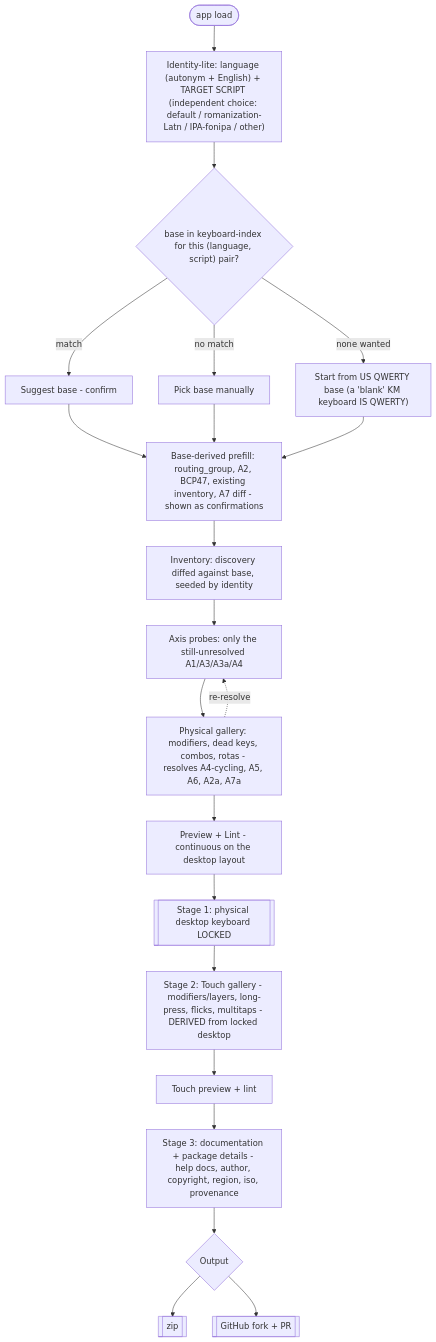
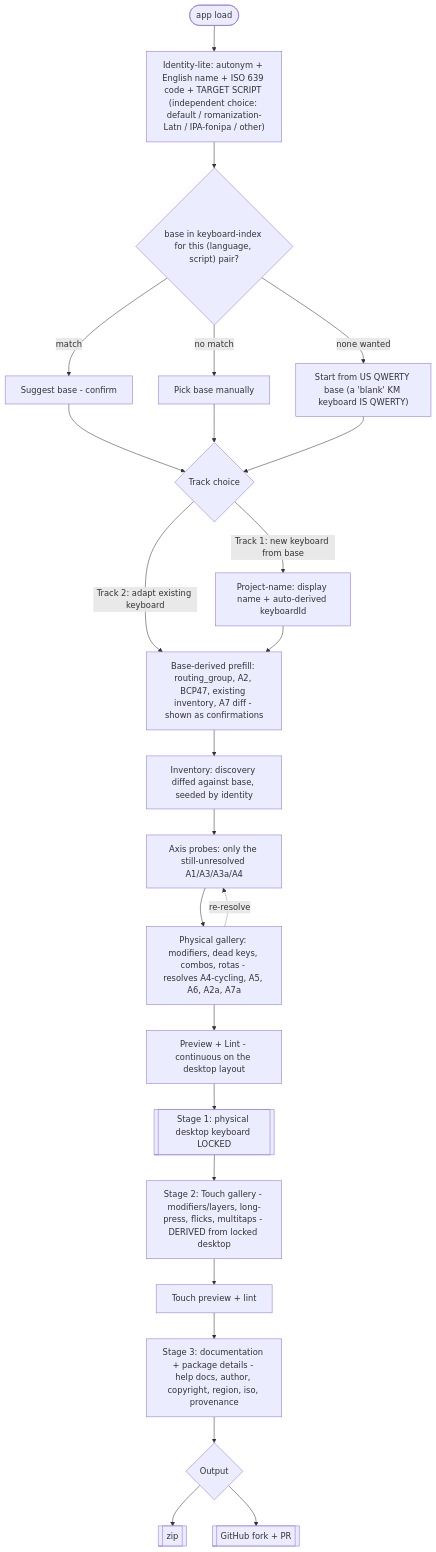
One commit to MattGyverLee/keyboard-studio changed the diagram in docs/workflow-model.md. Above: the diagram before and after it, drawn with Mermaid. The commit also changed other lines of this file and 1 other file, not shown here.

First line of the commit message:
docs(workflow): document track-choice + project-name in the actual current flow

````diff
--- a/docs/workflow-model.md
+++ b/docs/workflow-model.md
@@ -84,24 +92,27 @@
 ```mermaid
 graph TD
-  Entry([app load]) --> ID["Identity-lite: language (autonym + English) + TARGET SCRIPT (independent choice: default / romanization-Latn / IPA-fonipa / other)"]
+  Entry([app load]) --> ID["Identity-lite: autonym + English name + ISO 639 code + TARGET SCRIPT (independent choice: default / romanization-Latn / IPA-fonipa / other)"]
   ID --> LOOKUP{"base in keyboard-index for this (language, script) pair?"}
   LOOKUP -->|match| SUGGEST[Suggest base - confirm]
   LOOKUP -->|no match| MANUAL[Pick base manually]
   LOOKUP -->|none wanted| BLANK["Start from US QWERTY base (a 'blank' KM keyboard IS QWERTY)"]
-  SUGGEST --> PREFILL
-  MANUAL --> PREFILL
-  BLANK --> PREFILL
+  SUGGEST --> TRACK{Track choice}
+  MANUAL --> TRACK
+  BLANK --> TRACK
+  TRACK -->|Track 1: new keyboard from base| PROJNAME["Project-name: display name + auto-derived keyboardId"]
+  TRACK -->|Track 2: adapt existing keyboard| PREFILL
+  PROJNAME --> PREFILL
   PREFILL[Base-derived prefill: routing_group, A2, BCP47, existing inventory, A7 diff - shown as confirmations]
   PREFILL --> INV[Inventory: discovery diffed against base, seeded by identity]
   INV --> PROBE[Axis probes: only the still-unresolved A1/A3/A3a/A4]
   PROBE --> GALP["Physical gallery: modifiers, dead keys, combos, rotas - resolves A4-cycling, A5, A6, A2a, A7a"]
   GALP -.re-resolve.-> PROBE
   GALP --> PVW[Preview + Lint - continuous on the desktop layout]
   PVW --> LOCK[[Stage 1: physical desktop keyboard LOCKED]]
   LOCK --> GALT["Stage 2: Touch gallery - modifiers/layers, long-press, flicks, multitaps - DERIVED from locked desktop"]
   GALT --> TPV[Touch preview + lint]
   TPV --> DOCS[Stage 3: documentation + package details - help docs, author, copyright, region, iso, provenance]
   DOCS --> OUT{Output}
   OUT --> ZIP[[zip]]
   OUT --> PR[[GitHub fork + PR]]
 ```
````
